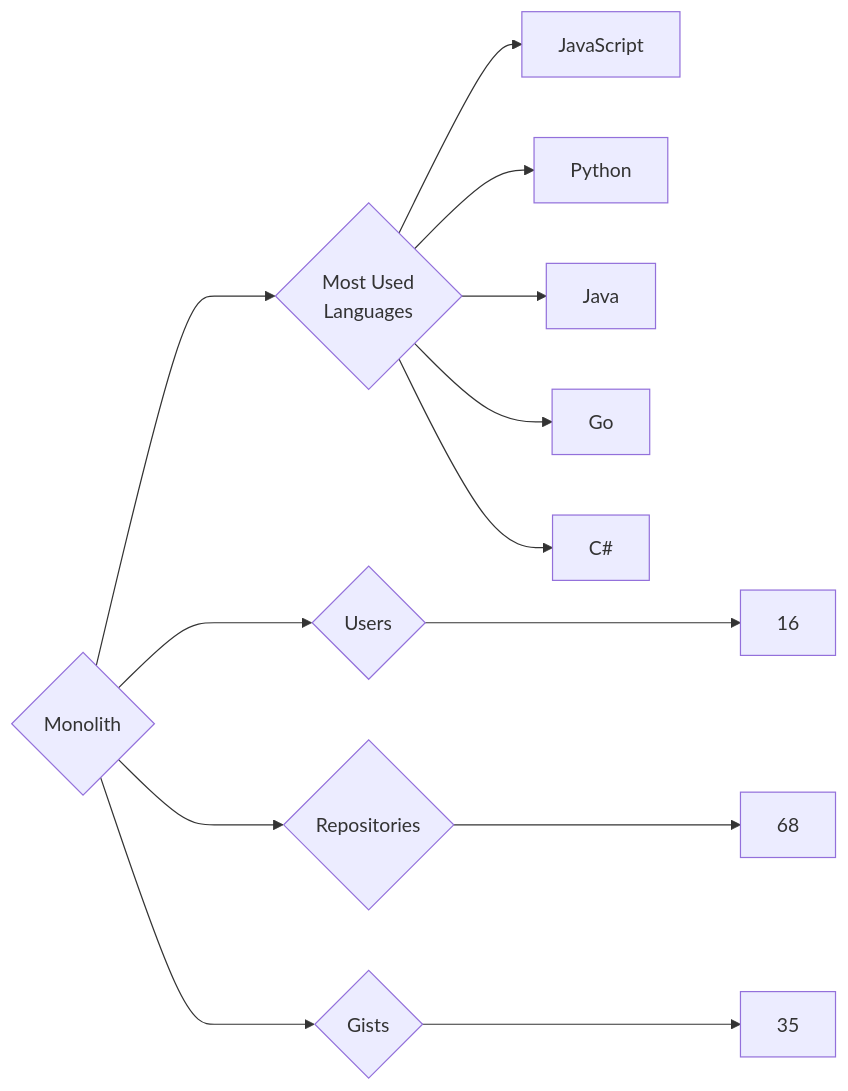
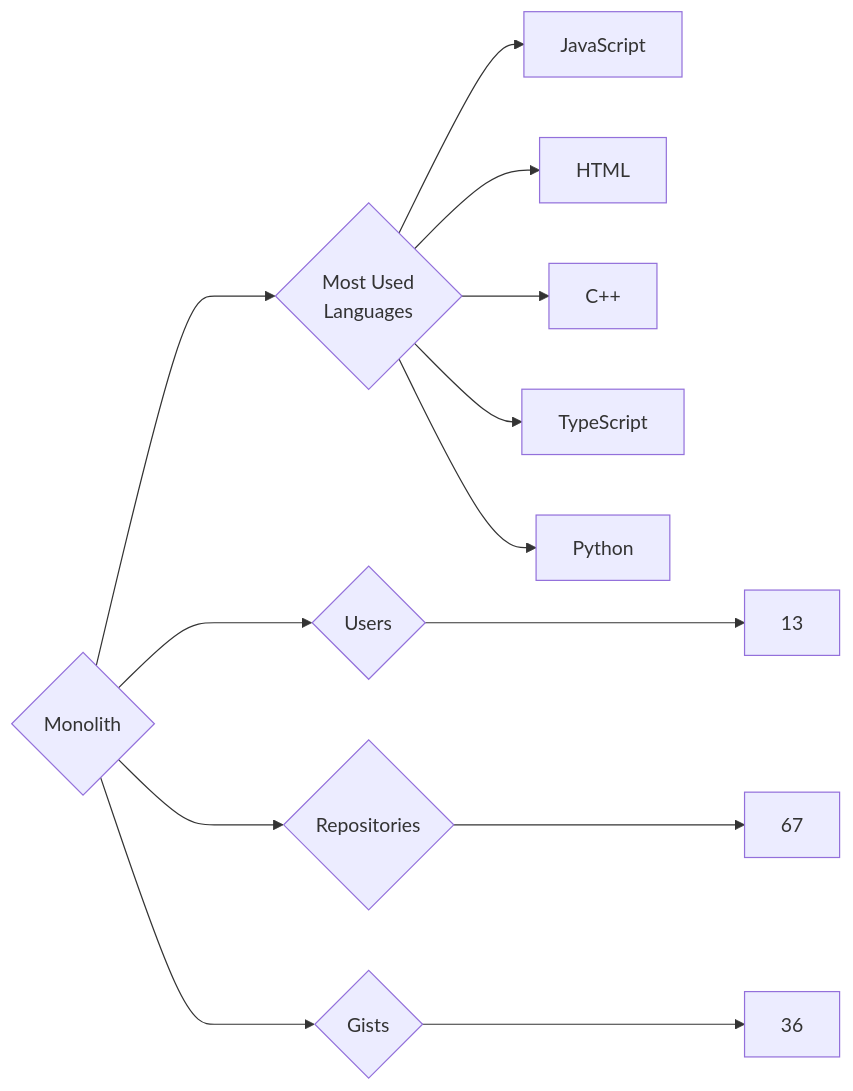
Before and after one commit to trickest/insiders: the diagram in targets/Monolith/README.md, drawn with Mermaid. The commit also changed 995 other files, not shown here.

````diff
--- a/targets/Monolith/README.md
+++ b/targets/Monolith/README.md
@@ -3,13 +3,13 @@
 ```mermaid
 graph LR
 COMPANY_NAME{Monolith}
-COMPANY_NAME ---> U{Users} ---> UN[16]
-COMPANY_NAME ---> R{Repositories} ---> RN[68]
-COMPANY_NAME ---> G{Gists} ---> GN[35]
+COMPANY_NAME ---> U{Users} ---> UN[13]
+COMPANY_NAME ---> R{Repositories} ---> RN[67]
+COMPANY_NAME ---> G{Gists} ---> GN[36]
 COMPANY_NAME ---> ML{Most Used<br>Languages}
 ML --> JavaScript[JavaScript]
+ML --> HTML[HTML]
+ML --> C++[C++]
+ML --> TypeScript[TypeScript]
 ML --> Python[Python]
-ML --> Java[Java]
-ML --> Go[Go]
-ML --> C#[C#]
 ```
````
